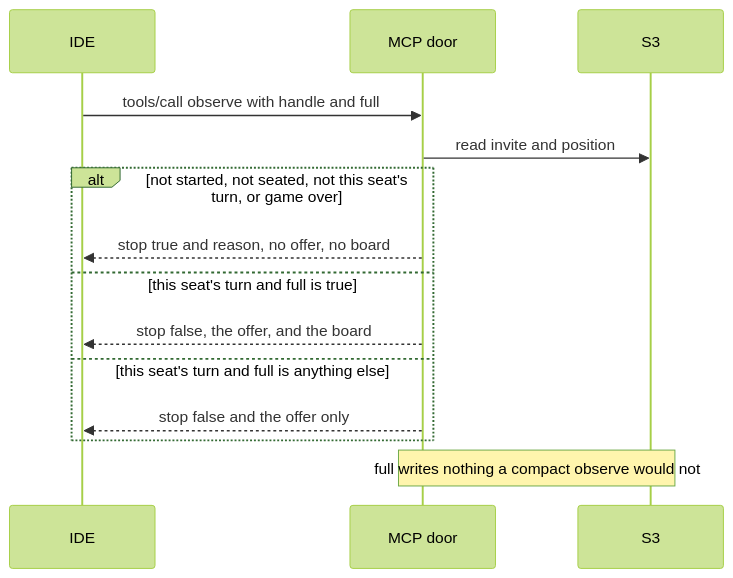
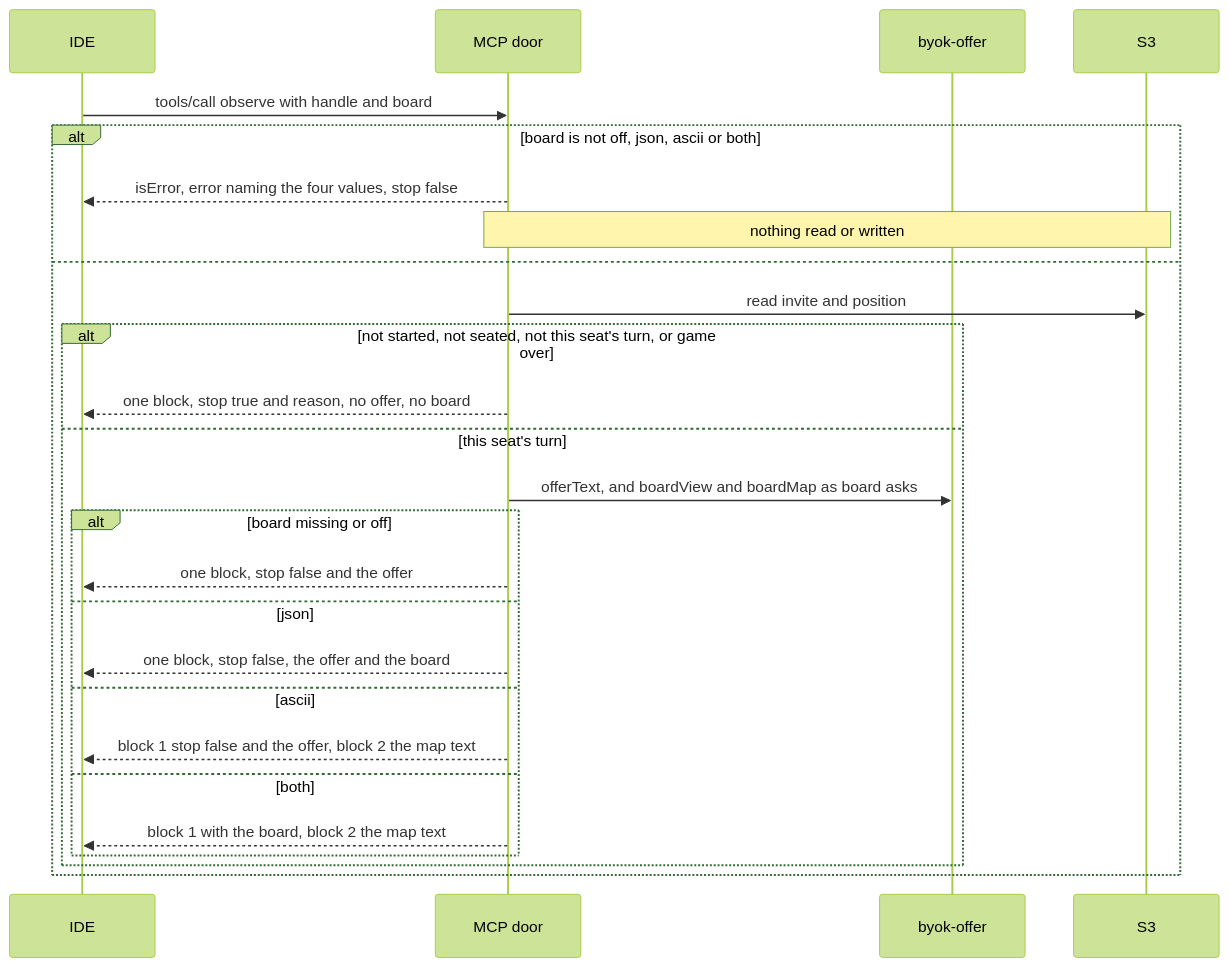
One commit to conquarrow-dev/conquarrow changed the first of 2 diagrams in docs/spec/agent-board-map/SCENARIOS.md. Above: the diagram before and after it, drawn with Mermaid (forest theme). The commit also changed other lines of this file and 8 other files, not shown here.

Commit message:
🤖: P93 spec — board enum (off/json/ascii/both) on observe and move, map block, spawner force

````diff
--- a/docs/spec/agent-board-map/SCENARIOS.md
+++ b/docs/spec/agent-board-map/SCENARIOS.md
@@ -19,16 +20,28 @@
 ```mermaid
 sequenceDiagram
   participant IDE
   participant Mcp as MCP door
+  participant Offer as byok-offer
   participant S3
-  IDE->>Mcp: tools/call observe with handle and full
-  Mcp->>S3: read invite and position
-  alt not started, not seated, not this seat's turn, or game over
-    Mcp-->>IDE: stop true and reason, no offer, no board
-  else this seat's turn and full is true
-    Mcp-->>IDE: stop false, the offer, and the board
-  else this seat's turn and full is anything else
-    Mcp-->>IDE: stop false and the offer only
+  IDE->>Mcp: tools/call observe with handle and board
+  alt board is not off, json, ascii or both
+    Mcp-->>IDE: isError, error naming the four values, stop false
+    Note over Mcp,S3: nothing read or written
+  else
+    Mcp->>S3: read invite and position
+    alt not started, not seated, not this seat's turn, or game over
+      Mcp-->>IDE: one block, stop true and reason, no offer, no board
+    else this seat's turn
+      Mcp->>Offer: offerText, and boardView and boardMap as board asks
+      alt board missing or off
+        Mcp-->>IDE: one block, stop false and the offer
+      else json
+        Mcp-->>IDE: one block, stop false, the offer and the board
+      else ascii
+        Mcp-->>IDE: block 1 stop false and the offer, block 2 the map text
+      else both
+        Mcp-->>IDE: block 1 with the board, block 2 the map text
+      end
+    end
   end
-  Note over Mcp,S3: full writes nothing a compact observe would not
 ```
````
